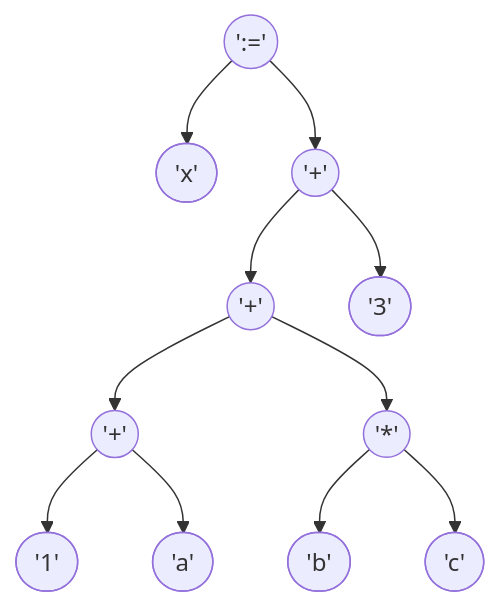
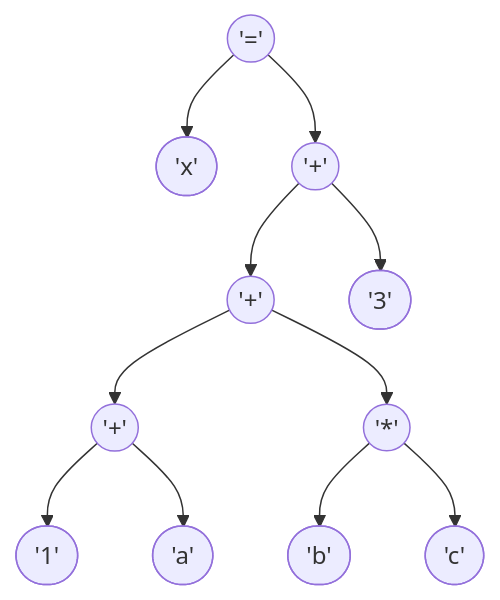
The first of 2 diagrams in reports/reporte_x.md (jangelmm/Compilador-Expresiones), drawn with Mermaid before and after one commit. The commit also changed other lines of this file and 16 other files, not shown here.

````diff
--- a/reports/reporte_x.md
+++ b/reports/reporte_x.md
@@ -89,24 +151,24 @@
 ```mermaid
 graph TD
-    N10((':='))
+    N10(('='))
     N0(['x'])
     N10 --> N0
     N9(('+'))
     N7(('+'))
     N3(('+'))
     N1(['1'])
     N3 --> N1
     N2(['a'])
     N3 --> N2
     N7 --> N3
     N6(('*'))
     N4(['b'])
     N6 --> N4
     N5(['c'])
     N6 --> N5
     N7 --> N6
     N9 --> N7
     N8(['3'])
     N9 --> N8
     N10 --> N9
 ```
````
